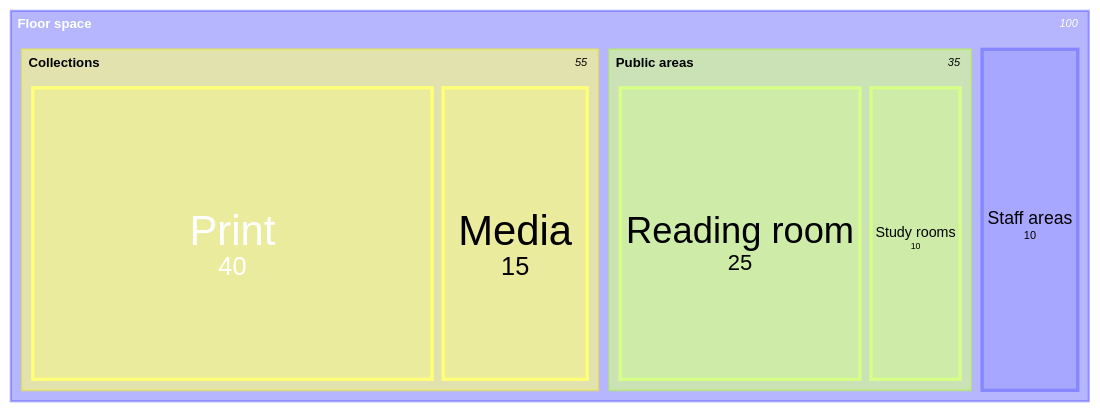
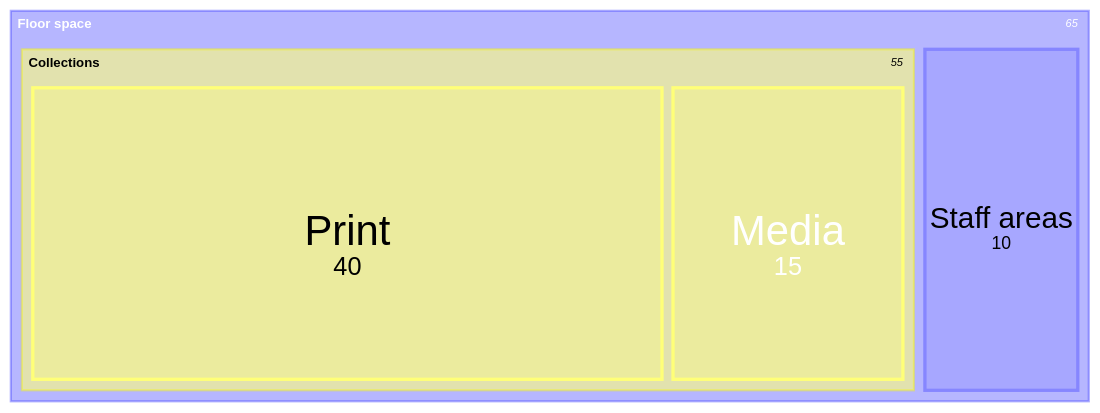
One commit to GoBeromsu/secondbrain-skills changed the third of 19 diagrams in skills/obsidian-visualize/references/pele-catalog.md. Above: the diagram before and after it, drawn with Mermaid. The commit also changed other lines of this file and 108 other files, not shown here.

````diff
--- a/skills/obsidian-visualize/references/pele-catalog.md
+++ b/skills/obsidian-visualize/references/pele-catalog.md
@@ -381,11 +96,8 @@
 ```mermaid
 treemap-beta
 "Floor space"
     "Collections"
         "Print": 40
         "Media": 15
-    "Public areas"
-        "Reading room": 25
-        "Study rooms": 10
     "Staff areas": 10
 ```
````
